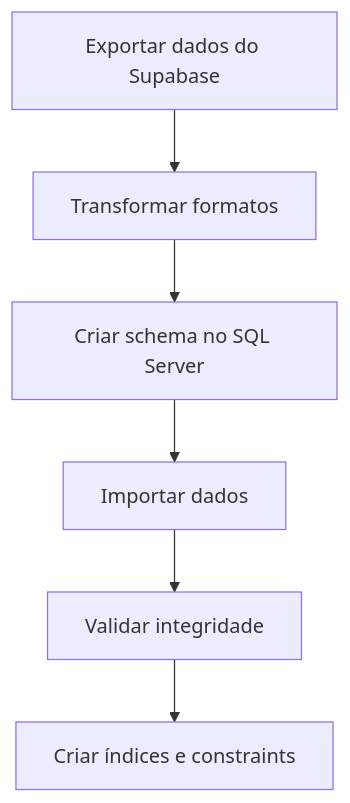
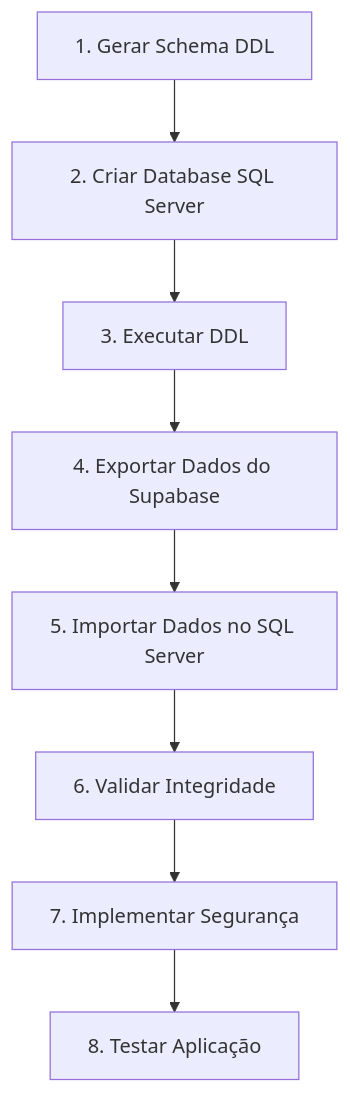
The diagram in docs/SQLSERVER_MIGRATION.md (Manelpires22/okean-yacht-builder), drawn with Mermaid before and after one commit. The commit also changed other lines of this file and 1 other file, not shown here.

````diff
--- a/docs/SQLSERVER_MIGRATION.md
+++ b/docs/SQLSERVER_MIGRATION.md
@@ -348,8 +402,10 @@
 ```mermaid
 graph TD
-    A[Exportar dados do Supabase] --> B[Transformar formatos]
-    B --> C[Criar schema no SQL Server]
-    C --> D[Importar dados]
-    D --> E[Validar integridade]
-    E --> F[Criar índices e constraints]
+    A[1. Gerar Schema DDL] --> B[2. Criar Database SQL Server]
+    B --> C[3. Executar DDL]
+    C --> D[4. Exportar Dados do Supabase]
+    D --> E[5. Importar Dados no SQL Server]
+    E --> F[6. Validar Integridade]
+    F --> G[7. Implementar Segurança]
+    G --> H[8. Testar Aplicação]
 ```
````
